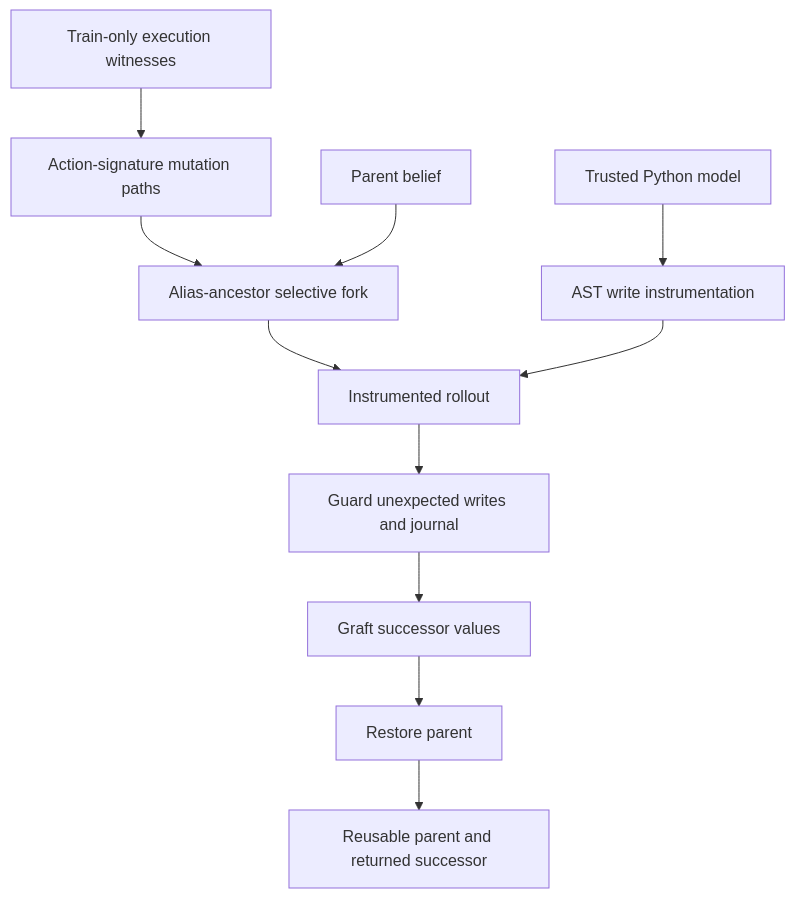
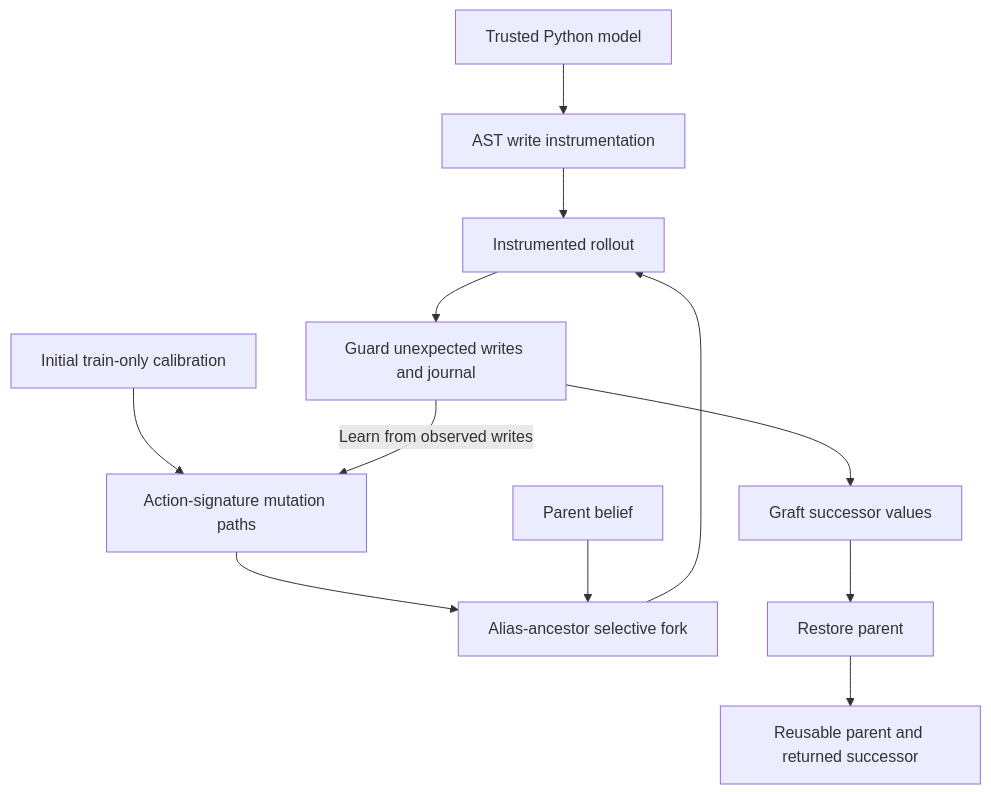
The diagram in README.md (ZhijingWu/world-model-planning-reliability), drawn with Mermaid before and after one commit. The commit also changed other lines of this file and 14 other files, not shown here.

````diff
--- a/README.md
+++ b/README.md
@@ -26,13 +26,14 @@
 ```mermaid
 flowchart TD
     A[Trusted Python model] --> B[AST write instrumentation]
-    C[Train-only execution witnesses] --> D[Action-signature mutation paths]
+    C[Initial train-only calibration] --> D[Action-signature mutation paths]
     D --> E[Alias-ancestor selective fork]
     P[Parent belief] --> E
     E --> F[Instrumented rollout]
     B --> F
     F --> G[Guard unexpected writes and journal]
+    G -->|Learn from observed writes| D
     G --> H[Graft successor values]
     H --> I[Restore parent]
     I --> J[Reusable parent and returned successor]
 ```
````
